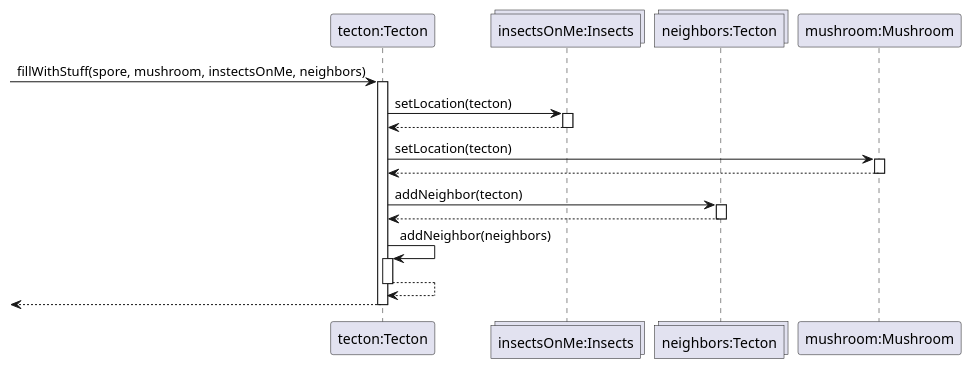
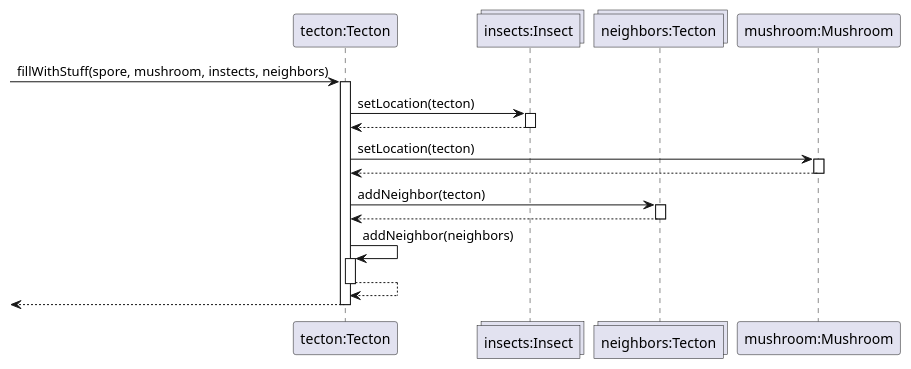
Before and after one commit to ZD4ve/projlab-error521: the diagram in Tecton/fill-tecton.pu, drawn with PlantUML. The commit also changed 3 other files, not shown here.

Commit message:
sync with class diagram

```diff
--- a/Tecton/fill-tecton.pu
+++ b/Tecton/fill-tecton.pu
@@ -1,27 +1,27 @@
 @startuml Tecton/fill-tecton
 
 participant "tecton:Tecton" as tecton
-collections "insectsOnMe:Insects" as insects
+collections "insects:Insect" as insects
 collections "neighbors:Tecton" as neighbors
 participant "mushroom:Mushroom" as mushroom
 
--> tecton : fillWithStuff(spore, mushroom, instectsOnMe, neighbors)
+-> tecton : fillWithStuff(spore, mushroom, instects, neighbors)
 activate tecton
 tecton -> insects : setLocation(tecton)
 activate insects
 return
 
 tecton -> mushroom : setLocation(tecton)
 activate mushroom
 return
 
 tecton -> neighbors : addNeighbor(tecton)
 activate neighbors
 return
 
 tecton -> tecton : addNeighbor(neighbors)
 activate tecton
 return
 
 return
 @enduml
```
